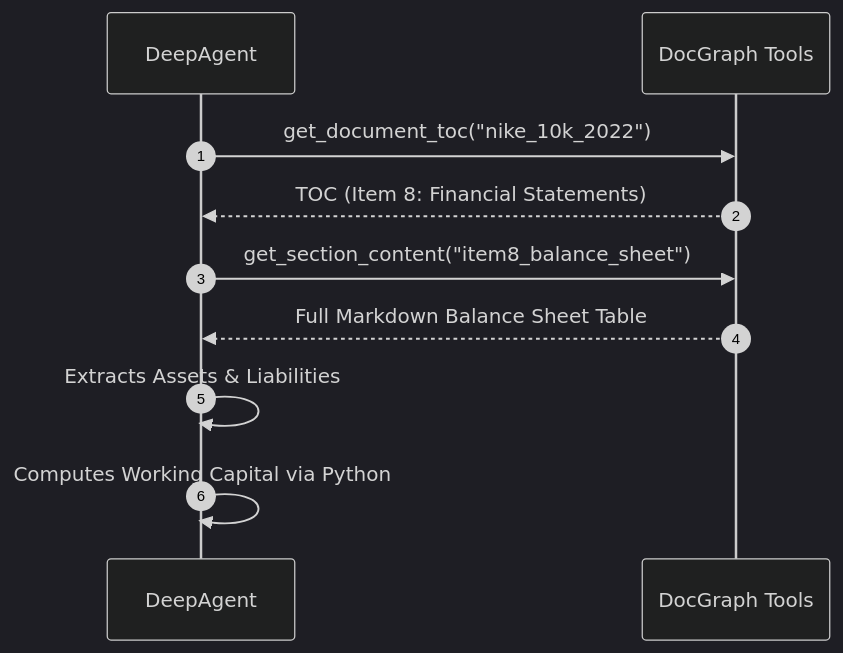
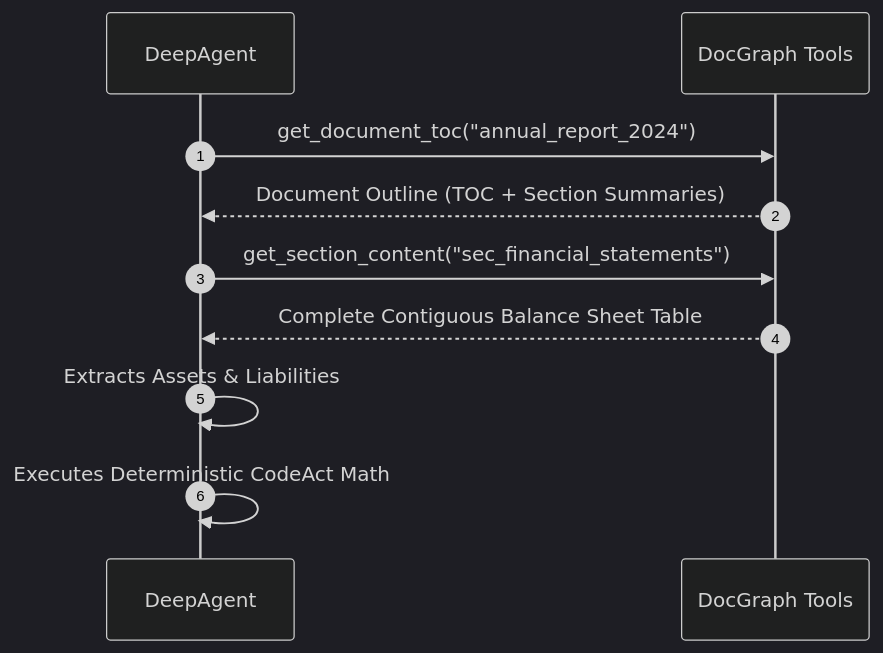
The fourth of 4 diagrams in docs/slides-benchmark.md (tclatos/genai-tk), drawn with Mermaid (dark theme) before and after one commit. The commit also changed other lines of this file and 8 other files, not shown here.

````diff
--- a/docs/slides-benchmark.md
+++ b/docs/slides-benchmark.md
@@ -253,15 +304,15 @@
 ```mermaid
 sequenceDiagram
     autonumber
     participant A as DeepAgent
     participant G as DocGraph Tools
     
-    A->>G: get_document_toc("nike_10k_2022")
-    G-->>A: TOC (Item 8: Financial Statements)
+    A->>G: get_document_toc("annual_report_2024")
+    G-->>A: Document Outline (TOC + Section Summaries)
     
-    A->>G: get_section_content("item8_balance_sheet")
-    G-->>A: Full Markdown Balance Sheet Table
+    A->>G: get_section_content("sec_financial_statements")
+    G-->>A: Complete Contiguous Balance Sheet Table
     
     A->>A: Extracts Assets & Liabilities
-    A->>A: Computes Working Capital via Python
+    A->>A: Executes Deterministic CodeAct Math
 ```
````
